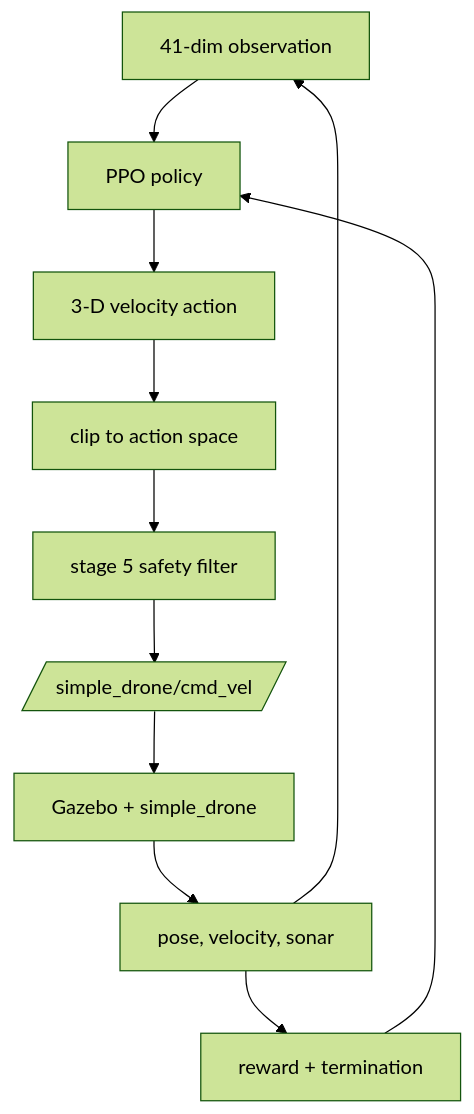
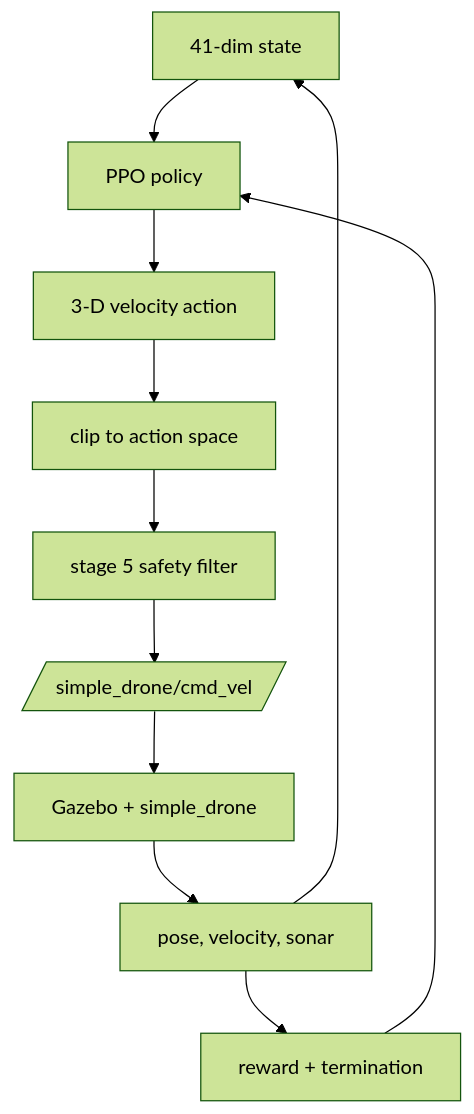
Before and after one commit to Andrew53O/RL-NSYSU-DRONE: the second of 3 diagrams in docs/rl-design.md, drawn with Mermaid (forest theme). The commit also changed other lines of this file and 1 other file, not shown here.

````diff
--- a/docs/rl-design.md
+++ b/docs/rl-design.md
@@ -39,13 +39,13 @@
 ```mermaid
 flowchart TD
-  Obs[41-dim observation] --> PPO[PPO policy]
+  Obs[41-dim state] --> PPO[PPO policy]
   PPO --> Act[3-D velocity action]
   Act --> Clip[clip to action space]
   Clip --> Filter[stage 5 safety filter]
   Filter --> Cmd[/simple_drone/cmd_vel/]
   Cmd --> Gazebo[Gazebo + simple_drone]
   Gazebo --> State[pose, velocity, sonar]
   State --> Obs
   State --> Reward[reward + termination]
   Reward --> PPO
 ```
````
